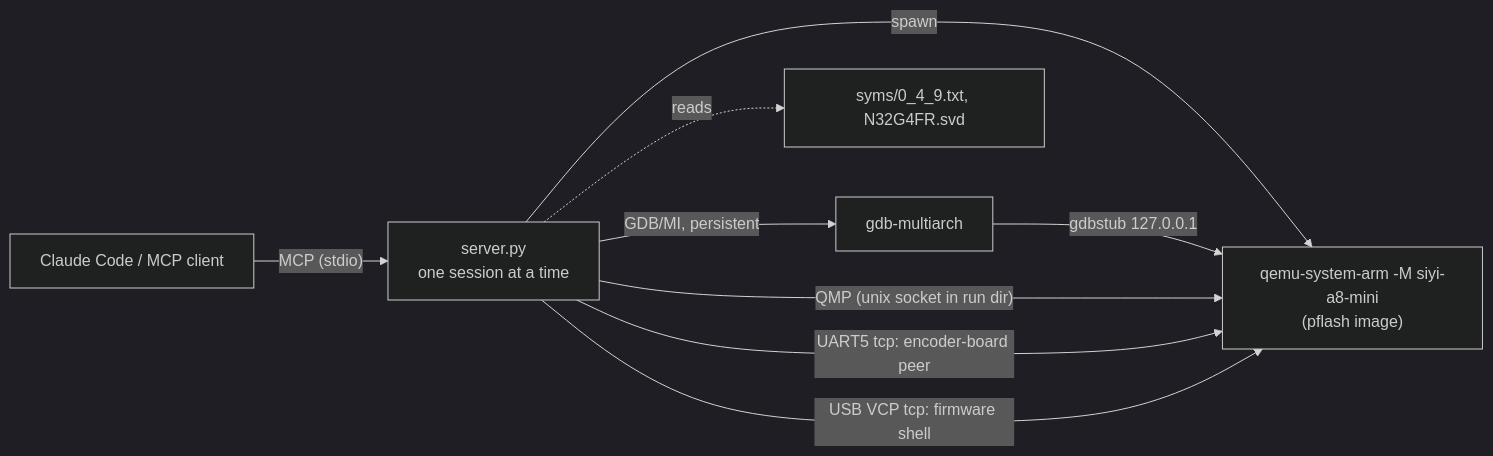
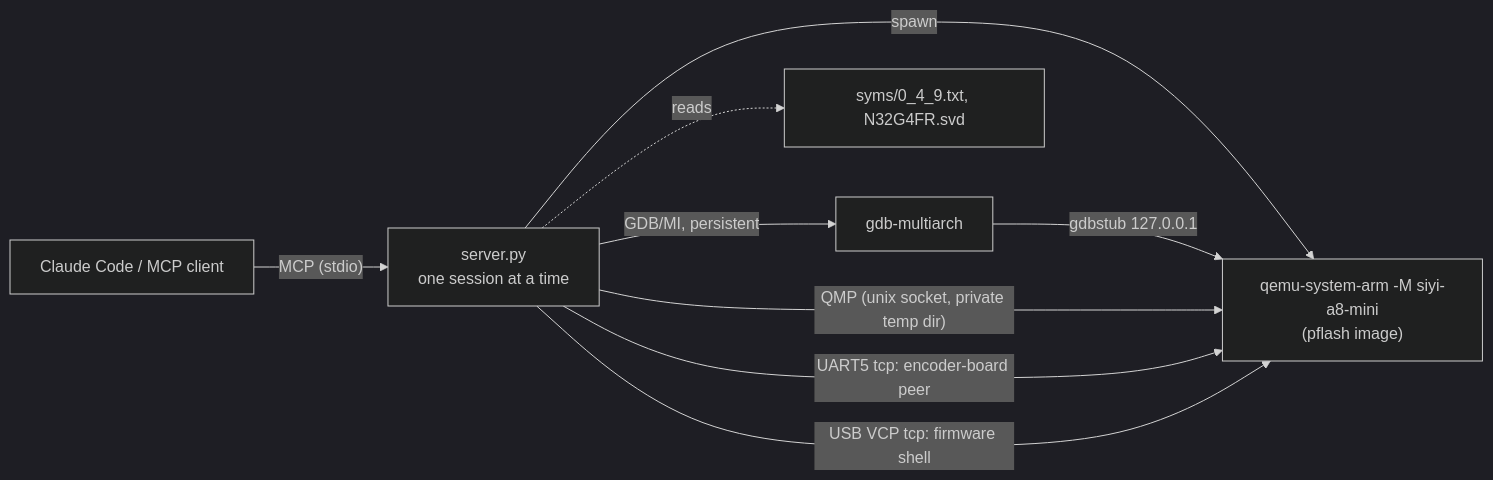
One commit to yshestakov/qemu_mcp changed the diagram in README.md. Above: the diagram before and after it, drawn with Mermaid (dark theme). The commit also changed other lines of this file and 4 other files, not shown here.

````diff
--- a/README.md
+++ b/README.md
@@ -8,10 +8,10 @@
 ```mermaid
 flowchart LR
     A["Claude Code / MCP client"] -- "MCP (stdio)" --> M["server.py<br/>one session at a time"]
     M -- spawn --> Q["qemu-system-arm -M siyi-a8-mini<br/>(pflash image)"]
     M -- "GDB/MI, persistent" --> G[gdb-multiarch] -- "gdbstub 127.0.0.1" --> Q
-    M -- "QMP (unix socket in run dir)" --> Q
+    M -- "QMP (unix socket, private temp dir)" --> Q
     M -- "UART5 tcp: encoder-board peer" --> Q
     M -- "USB VCP tcp: firmware shell" --> Q
     M -. reads .-> D["syms/0_4_9.txt, N32G4FR.svd"]
 ```
````
